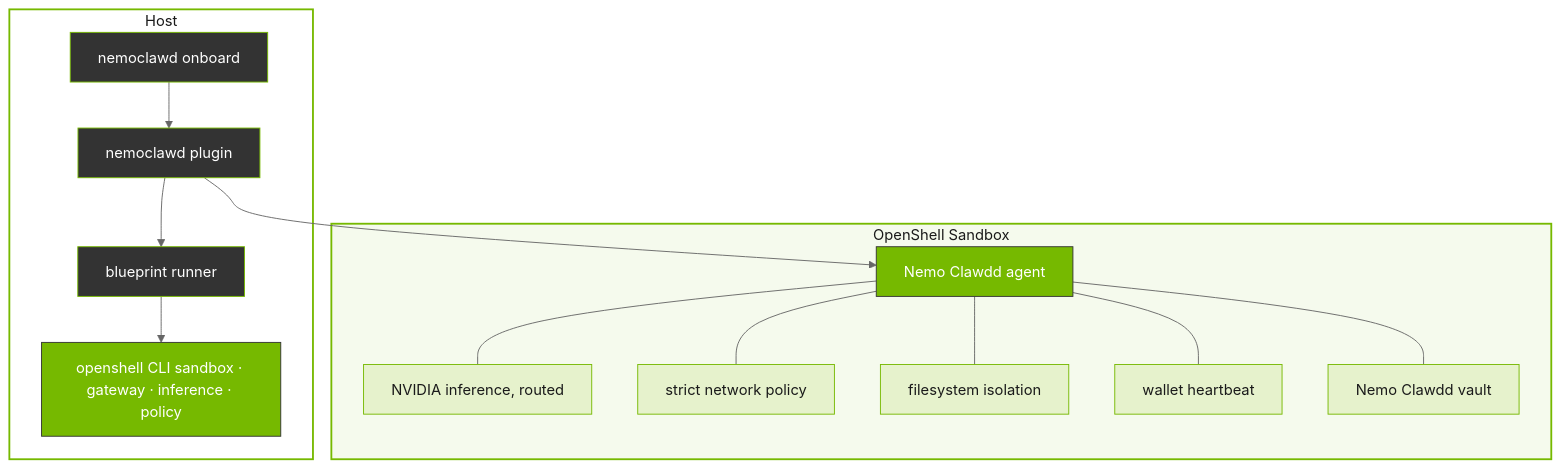
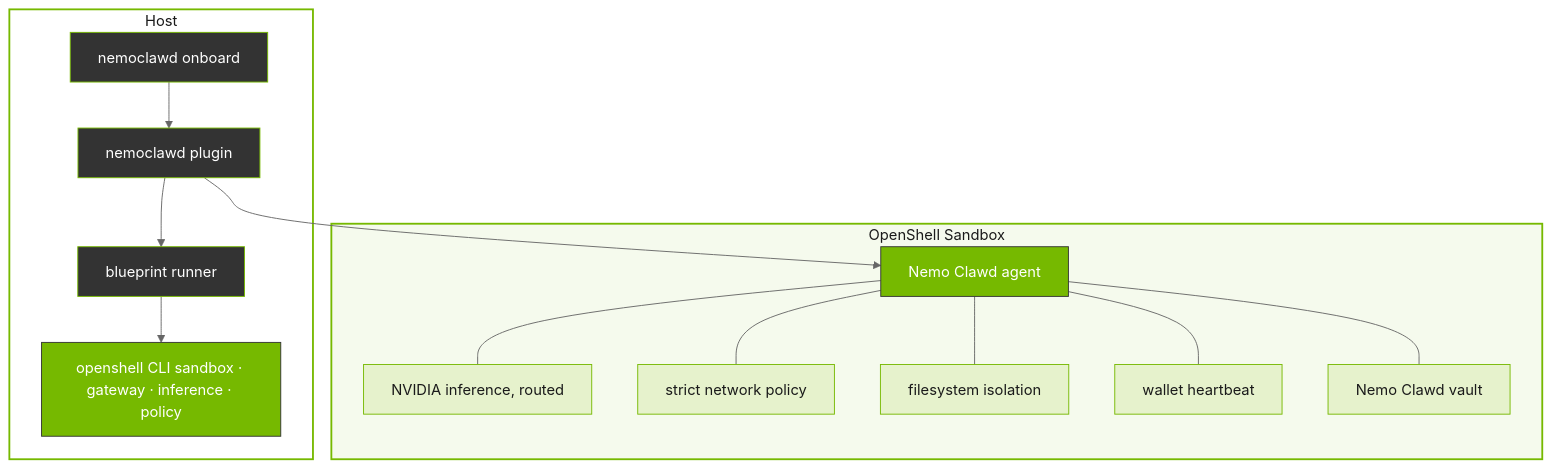
One commit to Solizardking/nemo-clawd changed the diagram in docs/about/how-it-works.md. Above: the diagram before and after it, drawn with Mermaid (neutral theme). The commit also changed other lines of this file and 74 other files, not shown here.

````diff
--- a/docs/about/how-it-works.md
+++ b/docs/about/how-it-works.md
@@ -31,42 +31,42 @@
 ```{mermaid}
 flowchart TB
     subgraph Host
         CMD["nemoclawd onboard "]
         PLUGIN[nemoclawd plugin]
         BLUEPRINT[blueprint runner]
         CLI["openshell CLI sandbox · gateway · inference · policy"]
 
         CMD --> PLUGIN
         PLUGIN --> BLUEPRINT
         BLUEPRINT --> CLI
     end
 
     subgraph Sandbox["OpenShell Sandbox"]
-        AGENT[Nemo Clawdd agent]
+        AGENT[Nemo Clawd agent]
         INF[NVIDIA inference, routed]
         NET[strict network policy]
         FS[filesystem isolation]
         HEART[wallet heartbeat]
-        VAULT[Nemo Clawdd vault]
+        VAULT[Nemo Clawd vault]
 
         AGENT --- INF
         AGENT --- NET
         AGENT --- FS
         AGENT --- HEART
         AGENT --- VAULT
     end
 
     PLUGIN --> AGENT
 
     classDef nv fill:#76b900,stroke:#333,color:#fff
     classDef nvLight fill:#e6f2cc,stroke:#76b900,color:#1a1a1a
     classDef nvDark fill:#333,stroke:#76b900,color:#fff
 
     class CMD,PLUGIN,BLUEPRINT nvDark
     class CLI nv
     class AGENT nv
     class INF,NET,FS,HEART,VAULT nvLight
 
     style Host fill:none,stroke:#76b900,stroke-width:2px,color:#1a1a1a
     style Sandbox fill:#f5faed,stroke:#76b900,stroke-width:2px,color:#1a1a1a
 ```
````
